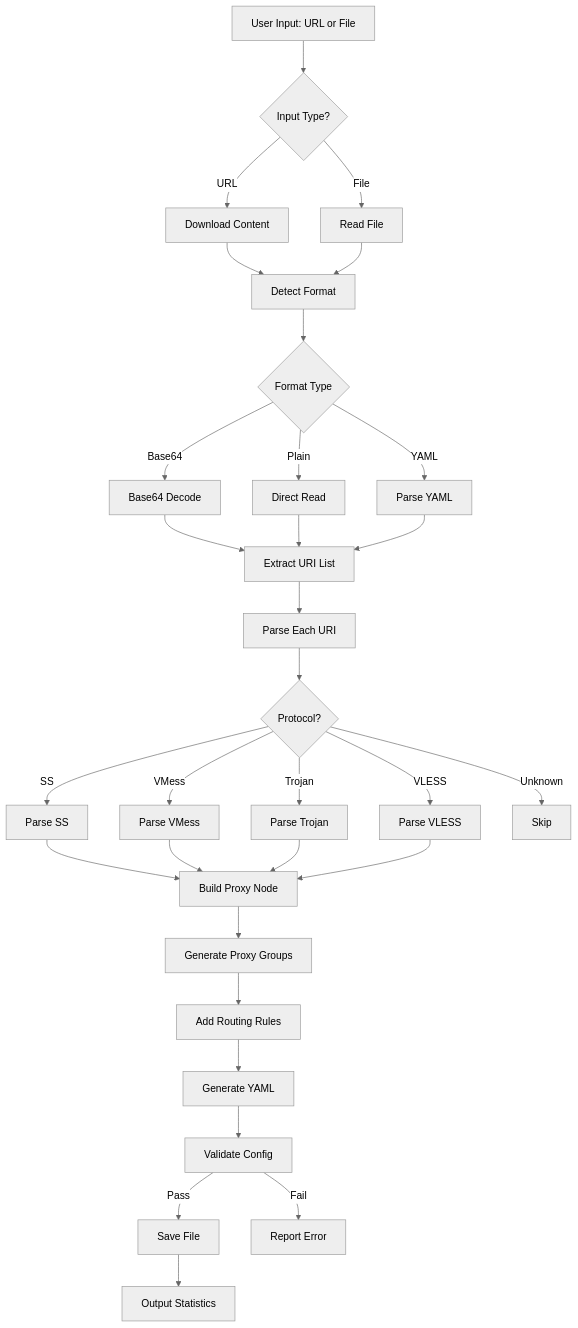
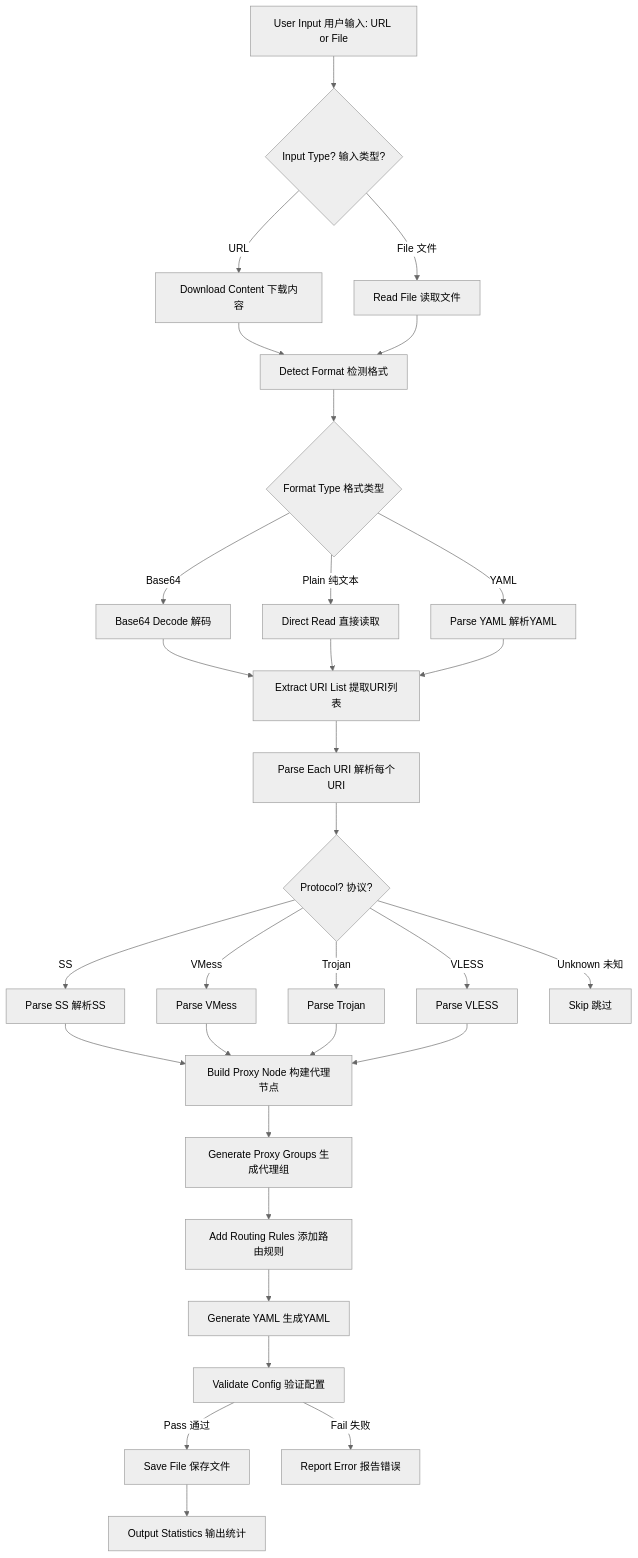
One commit to torgitor/proxyYAML_decoder changed the diagram in DEVELOPMENT.md. Above: the diagram before and after it, drawn with Mermaid (neutral theme). The commit also changed other lines of this file and 1 other file, not shown here.

Commit message:
docs: update README.md and DEVELOPMENT.md to bilingual format

````diff
--- a/DEVELOPMENT.md
+++ b/DEVELOPMENT.md
@@ -283,33 +281,33 @@
 ```mermaid
 graph TD
-    A[User Input: URL or File] --> B{Input Type?}
-    B -->|URL| C[Download Content]
-    B -->|File| D[Read File]
-    C --> E[Detect Format]
+    A[User Input 用户输入: URL or File] --> B{Input Type? 输入类型?}
+    B -->|URL| C[Download Content 下载内容]
+    B -->|File 文件| D[Read File 读取文件]
+    C --> E[Detect Format 检测格式]
     D --> E
-    E --> F{Format Type}
-    F -->|Base64| G[Base64 Decode]
-    F -->|Plain| H[Direct Read]
-    F -->|YAML| I[Parse YAML]
-    G --> J[Extract URI List]
+    E --> F{Format Type 格式类型}
+    F -->|Base64| G[Base64 Decode 解码]
+    F -->|Plain 纯文本| H[Direct Read 直接读取]
+    F -->|YAML| I[Parse YAML 解析YAML]
+    G --> J[Extract URI List 提取URI列表]
     H --> J
     I --> J
-    J --> K[Parse Each URI]
-    K --> L{Protocol?}
-    L -->|SS| M[Parse SS]
+    J --> K[Parse Each URI 解析每个URI]
+    K --> L{Protocol? 协议?}
+    L -->|SS| M[Parse SS 解析SS]
     L -->|VMess| N[Parse VMess]
     L -->|Trojan| O[Parse Trojan]
     L -->|VLESS| P[Parse VLESS]
-    L -->|Unknown| Q[Skip]
-    M --> R[Build Proxy Node]
+    L -->|Unknown 未知| Q[Skip 跳过]
+    M --> R[Build Proxy Node 构建代理节点]
     N --> R
     O --> R
     P --> R
-    R --> S[Generate Proxy Groups]
-    S --> T[Add Routing Rules]
-    T --> U[Generate YAML]
-    U --> V[Validate Config]
-    V -->|Pass| W[Save File]
-    V -->|Fail| X[Report Error]
-    W --> Y[Output Statistics]
+    R --> S[Generate Proxy Groups 生成代理组]
+    S --> T[Add Routing Rules 添加路由规则]
+    T --> U[Generate YAML 生成YAML]
+    U --> V[Validate Config 验证配置]
+    V -->|Pass 通过| W[Save File 保存文件]
+    V -->|Fail 失败| X[Report Error 报告错误]
+    W --> Y[Output Statistics 输出统计]
 ```
````
